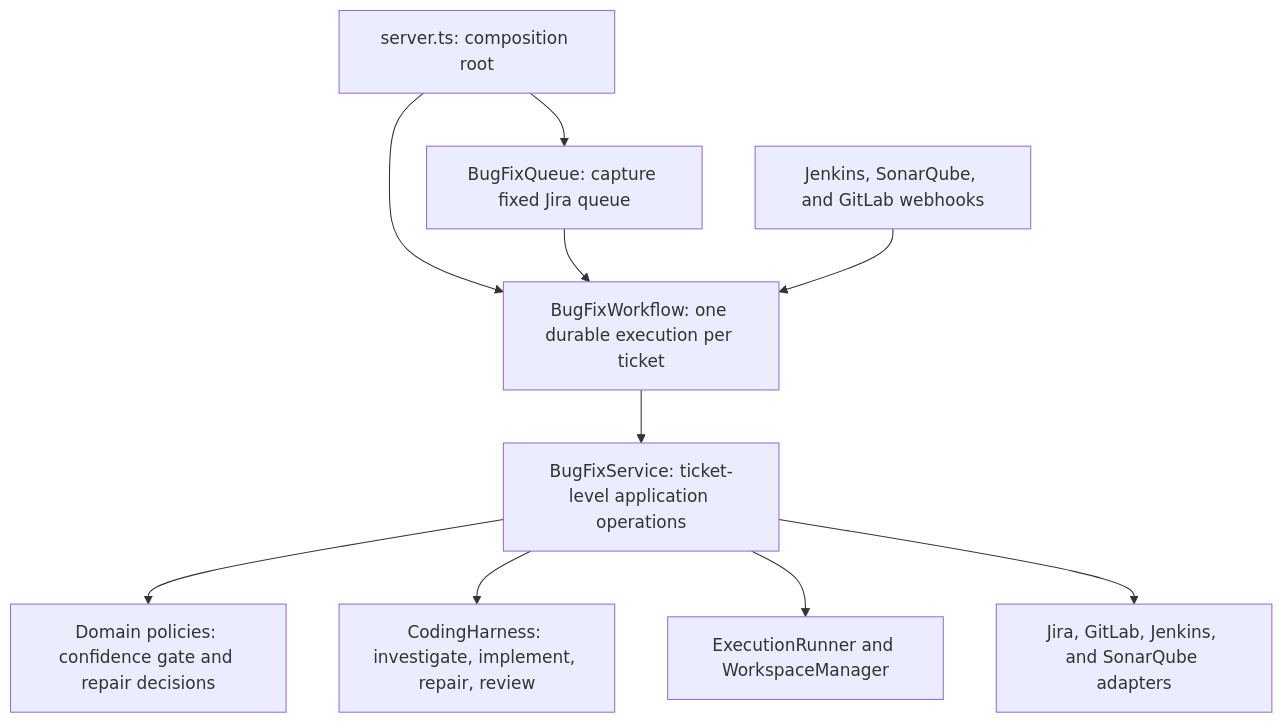
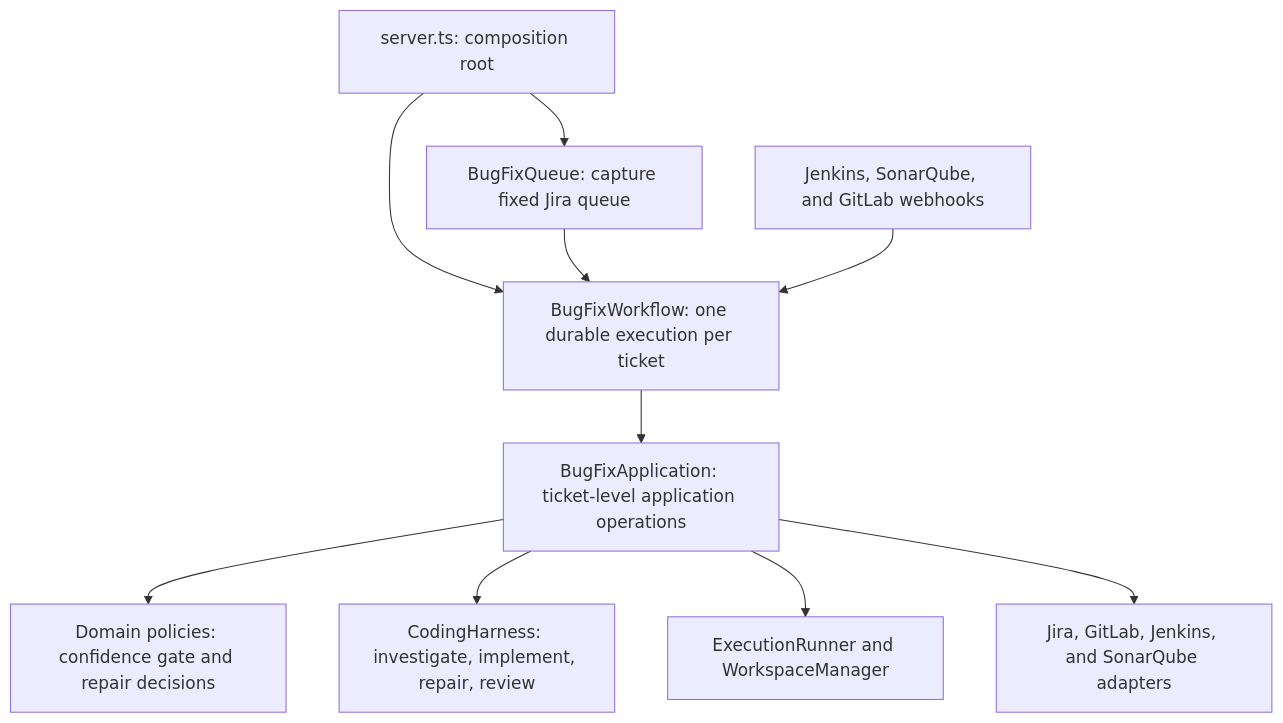
Before and after one commit to jhoogstraat/ticket-bot: the diagram in docs/code-tour.md, drawn with Mermaid. The commit also changed other lines of this file and 53 other files, not shown here.

````diff
--- a/docs/code-tour.md
+++ b/docs/code-tour.md
@@ -7,22 +7,22 @@
 ```mermaid
 flowchart TD
     Server["server.ts: composition root"]
     Queue["BugFixQueue: capture fixed Jira queue"]
     Workflow["BugFixWorkflow: one durable execution per ticket"]
-    Service["BugFixService: ticket-level application operations"]
+    Service["BugFixApplication: ticket-level application operations"]
     Domain["Domain policies: confidence gate and repair decisions"]
     Harness["CodingHarness: investigate, implement, repair, review"]
     Runner["ExecutionRunner and WorkspaceManager"]
     Adapters["Jira, GitLab, Jenkins, and SonarQube adapters"]
     Callbacks["Jenkins, SonarQube, and GitLab webhooks"]
 
     Server --> Queue
     Server --> Workflow
     Queue --> Workflow
     Workflow --> Service
     Service --> Domain
     Service --> Harness
     Service --> Runner
     Service --> Adapters
     Callbacks --> Workflow
 ```
````
